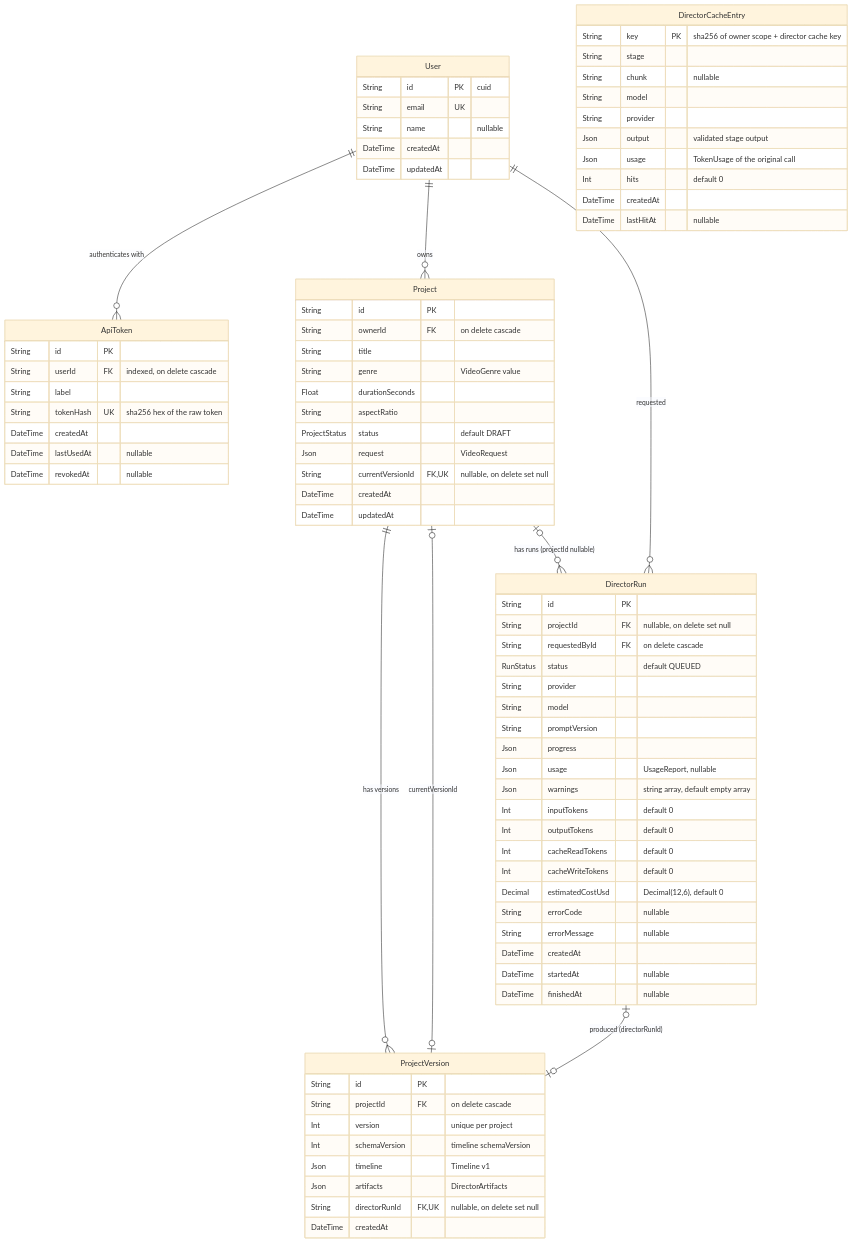
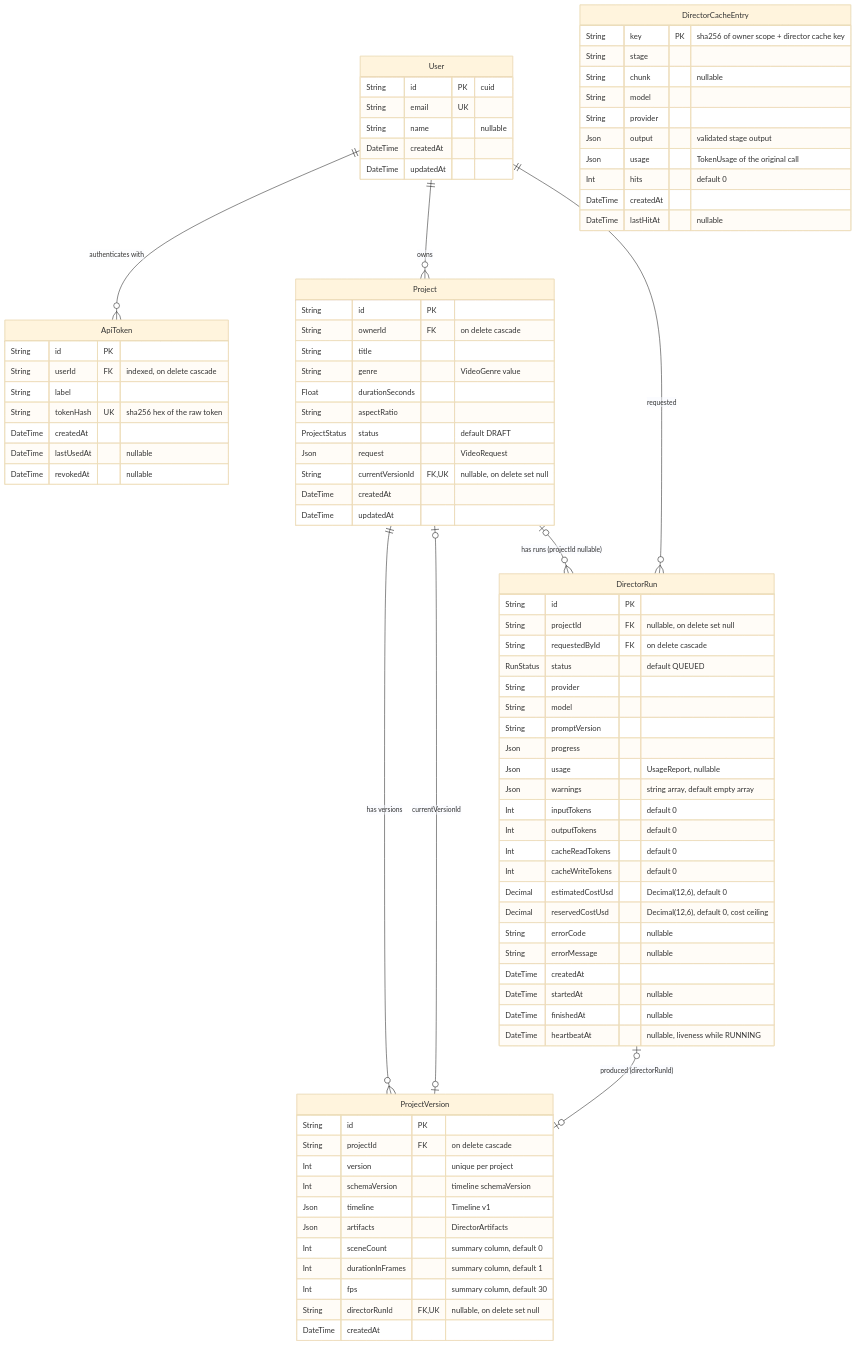
Before and after one commit to Gokulraj002/Video-Creation: the first of 4 diagrams in docs/DATABASE.md, drawn with Mermaid (base theme). The commit also changed other lines of this file and 4 other files, not shown here.

```diff
--- a/docs/DATABASE.md
+++ b/docs/DATABASE.md
@@ -83,6 +85,9 @@
     Int schemaVersion "timeline schemaVersion"
     Json timeline "Timeline v1"
     Json artifacts "DirectorArtifacts"
+    Int sceneCount "summary column, default 0"
+    Int durationInFrames "summary column, default 1"
+    Int fps "summary column, default 30"
     String directorRunId FK, UK "nullable, on delete set null"
     DateTime createdAt
   }
@@ -102,11 +107,13 @@
     Int cacheReadTokens "default 0"
     Int cacheWriteTokens "default 0"
     Decimal estimatedCostUsd "Decimal(12,6), default 0"
+    Decimal reservedCostUsd "Decimal(12,6), default 0, cost ceiling"
     String errorCode "nullable"
     String errorMessage "nullable"
     DateTime createdAt
     DateTime startedAt "nullable"
     DateTime finishedAt "nullable"
+    DateTime heartbeatAt "nullable, liveness while RUNNING"
   }
   DirectorCacheEntry {
     String key PK "sha256 of owner scope + director cache key"
```
